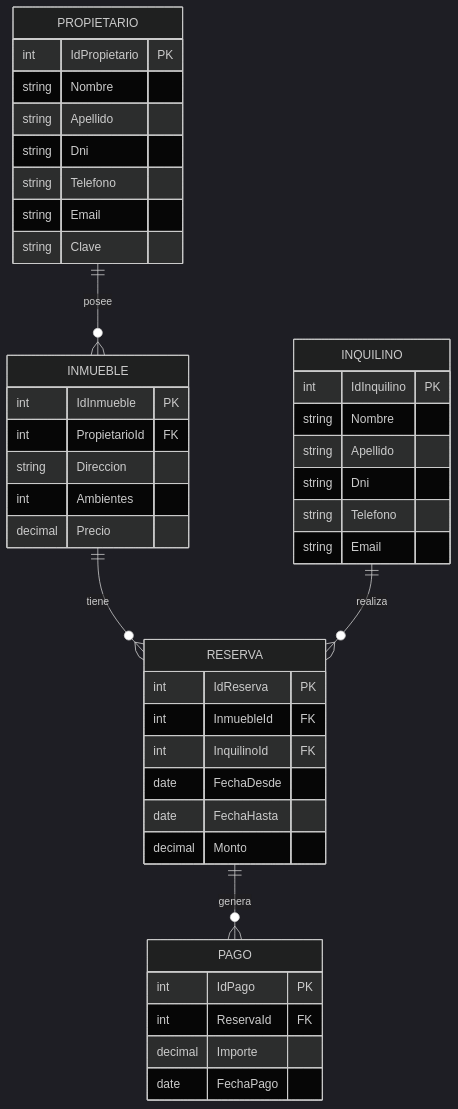
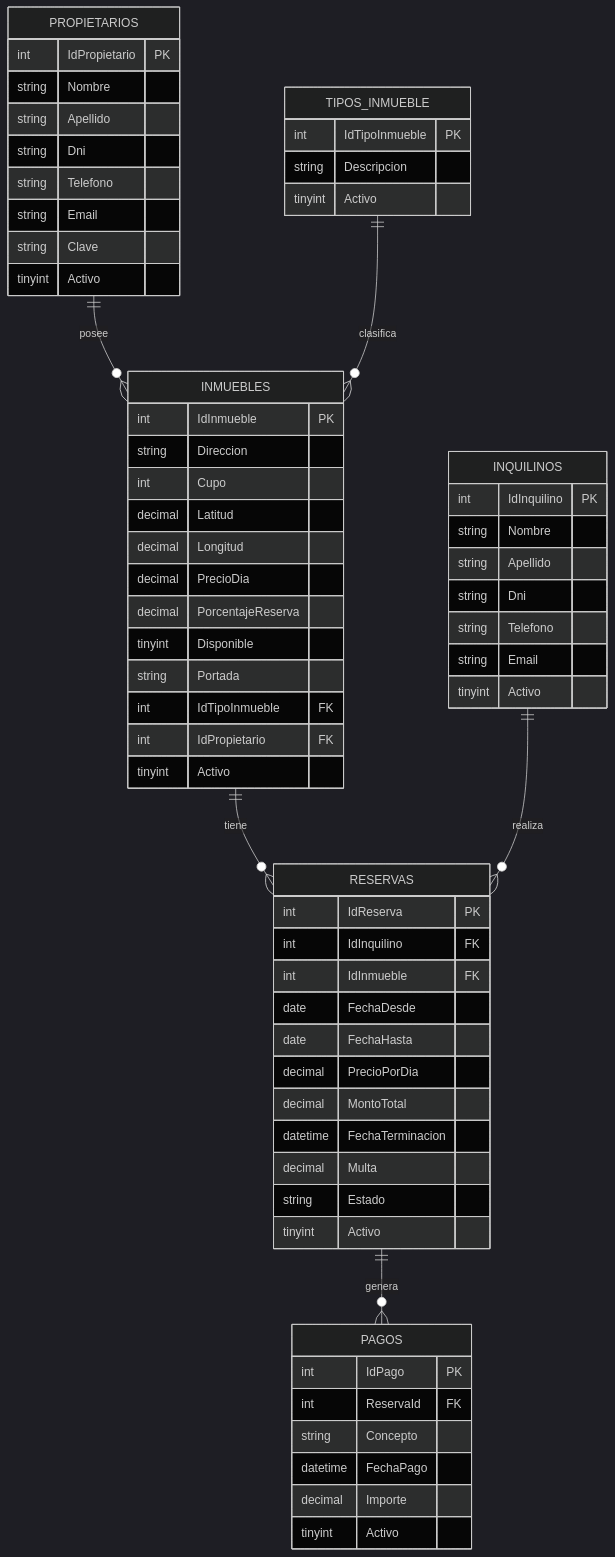
Before and after one commit to EnzoM35/InmobiliariaULP_EnzoMiranda: the diagram in README.md, drawn with Mermaid (dark theme). The commit also changed other lines of this file and 21 other files, not shown here.

Commit message:
Feat: ABM y vistas de Tipos de Inmueble e Inmuebles

````diff
--- a/README.md
+++ b/README.md
@@ -19,50 +19,73 @@
 ```mermaid
 erDiagram
-    PROPIETARIO ||--o{ INMUEBLE : posee
-    INMUEBLE ||--o{ RESERVA : tiene
-    INQUILINO ||--o{ RESERVA : realiza
-    RESERVA ||--o{ PAGO : genera
+    PROPIETARIOS ||--o{ INMUEBLES : posee
+    TIPOS_INMUEBLE ||--o{ INMUEBLES : clasifica
+    INMUEBLES ||--o{ RESERVAS : tiene
+    INQUILINOS ||--o{ RESERVAS : realiza
+    RESERVAS ||--o{ PAGOS : genera
 
-    PROPIETARIO {
+    PROPIETARIOS {
         int IdPropietario PK
         string Nombre
         string Apellido
         string Dni
         string Telefono
         string Email
         string Clave
+        tinyint Activo
     }
 
-    INQUILINO {
+    INQUILINOS {
         int IdInquilino PK
         string Nombre
         string Apellido
         string Dni
         string Telefono
         string Email
+        tinyint Activo
     }
 
-    INMUEBLE {
-        int IdInmueble PK
-        int PropietarioId FK
-        string Direccion
-        int Ambientes
-        decimal Precio
+    TIPOS_INMUEBLE {
+        int IdTipoInmueble PK
+        string Descripcion
+        tinyint Activo
     }
 
-    RESERVA {
+    INMUEBLES {
+        int IdInmueble PK
+        string Direccion
+        int Cupo
+        decimal Latitud
+        decimal Longitud
+        decimal PrecioDia
+        decimal PorcentajeReserva
+        tinyint Disponible
+        string Portada
+        int IdTipoInmueble FK
+        int IdPropietario FK
+        tinyint Activo
+    }
+
+    RESERVAS {
         int IdReserva PK
-        int InmuebleId FK
-        int InquilinoId FK
+        int IdInquilino FK
+        int IdInmueble FK
         date FechaDesde
         date FechaHasta
-        decimal Monto
+        decimal PrecioPorDia
+        decimal MontoTotal
+        datetime FechaTerminacion
+        decimal Multa
+        string Estado
+        tinyint Activo
     }
 
-    PAGO {
+    PAGOS {
         int IdPago PK
         int ReservaId FK
+        string Concepto
+        datetime FechaPago
         decimal Importe
-        date FechaPago
+        tinyint Activo
     }
 ```
````
